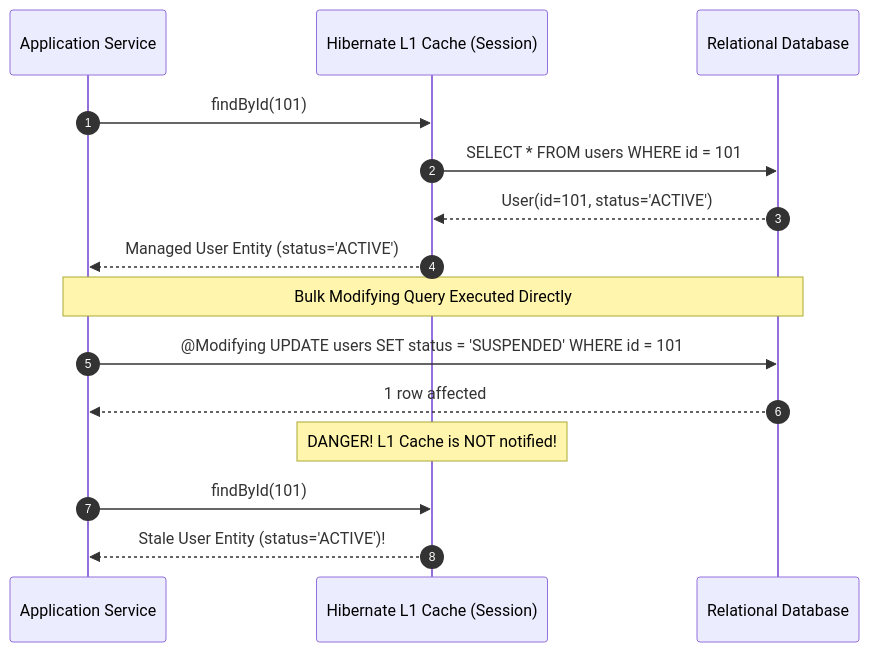
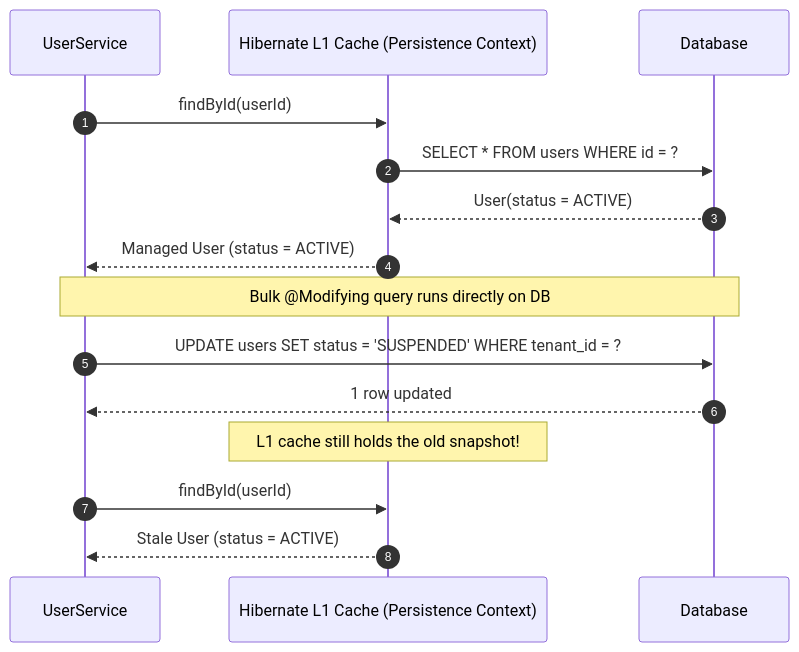
Before and after one commit to ravishankar2463/java_hub: the second of 2 diagrams in content/roadmap/level-8/spring-data-jpa.md, drawn with Mermaid. The commit also changed other lines of this file and 119 other files, not shown here.

Commit message:
feat: add comprehensive java learning roadmap content across multiple levels

````diff
--- a/content/roadmap/level-8/spring-data-jpa.md
+++ b/content/roadmap/level-8/spring-data-jpa.md
@@ -152,20 +151,20 @@
 ```mermaid
 sequenceDiagram
     autonumber
-    participant App as Application Service
-    participant L1 as Hibernate L1 Cache (Session)
-    participant DB as Relational Database
+    participant Svc as UserService
+    participant L1 as Hibernate L1 Cache (Persistence Context)
+    participant DB as Database
 
-    App->>L1: findById(101)
-    L1->>DB: SELECT * FROM users WHERE id = 101
-    DB-->>L1: User(id=101, status='ACTIVE')
-    L1-->>App: Managed User Entity (status='ACTIVE')
+    Svc->>L1: findById(userId)
+    L1->>DB: SELECT * FROM users WHERE id = ?
+    DB-->>L1: User(status = ACTIVE)
+    L1-->>Svc: Managed User (status = ACTIVE)
 
-    Note over App,DB: Bulk Modifying Query Executed Directly
-    App->>DB: @Modifying UPDATE users SET status = 'SUSPENDED' WHERE id = 101
-    DB-->>App: 1 row affected
+    Note over Svc,DB: Bulk @Modifying query runs directly on DB
+    Svc->>DB: UPDATE users SET status = 'SUSPENDED' WHERE tenant_id = ?
+    DB-->>Svc: 1 row updated
 
-    Note over L1: DANGER! L1 Cache is NOT notified!
-    App->>L1: findById(101)
-    L1-->>App: Stale User Entity (status='ACTIVE')!
+    Note over L1: L1 cache still holds the old snapshot!
+    Svc->>L1: findById(userId)
+    L1-->>Svc: Stale User (status = ACTIVE)
 ```
````
